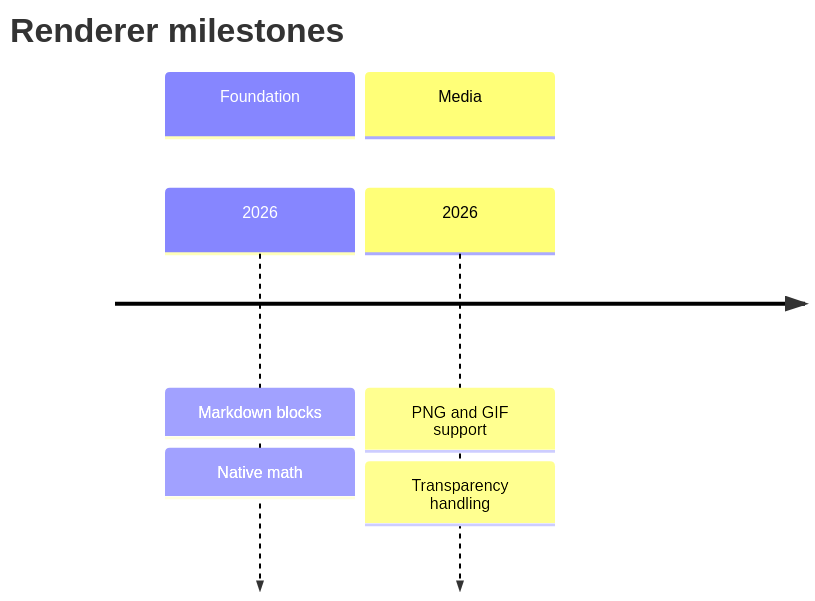
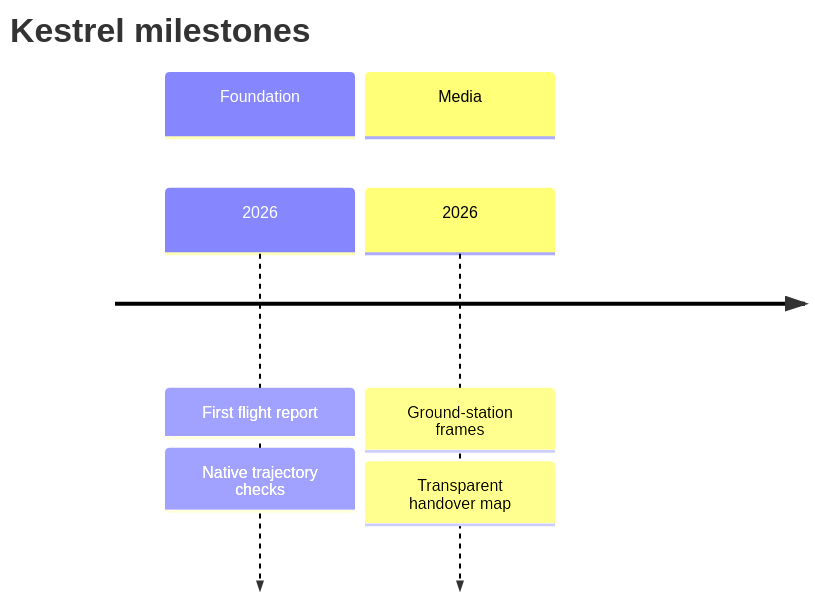
Before and after one commit to Desiment/opentui-markdown-render: the eighth of 10 diagrams in examples/all.md, drawn with Mermaid. The commit also changed other lines of this file and 36 other files, not shown here.

````diff
--- a/examples/all.md
+++ b/examples/all.md
@@ -139,10 +146,10 @@
 ```mermaid
 timeline
-  title Renderer milestones
+  title Kestrel milestones
   section Foundation
-  2026 : Markdown blocks
-       : Native math
+  2026 : First flight report
+       : Native trajectory checks
   section Media
-  2026 : PNG and GIF support
-       : Transparency handling
+  2026 : Ground-station frames
+       : Transparent handover map
 ```
````
